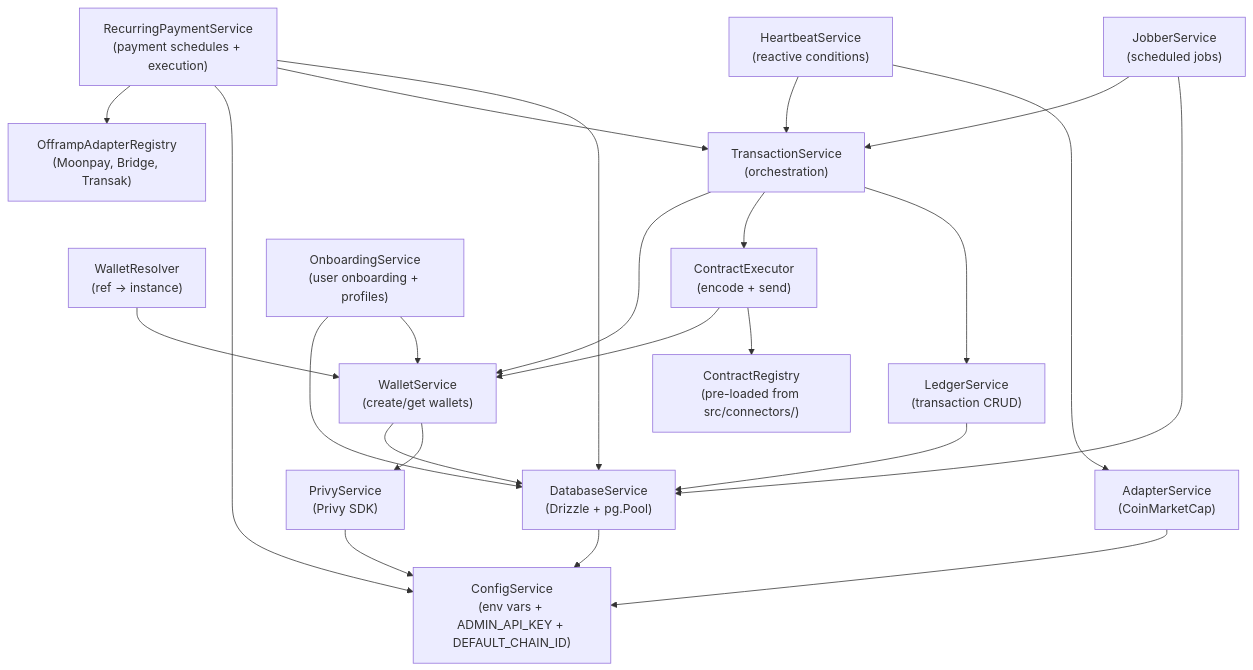
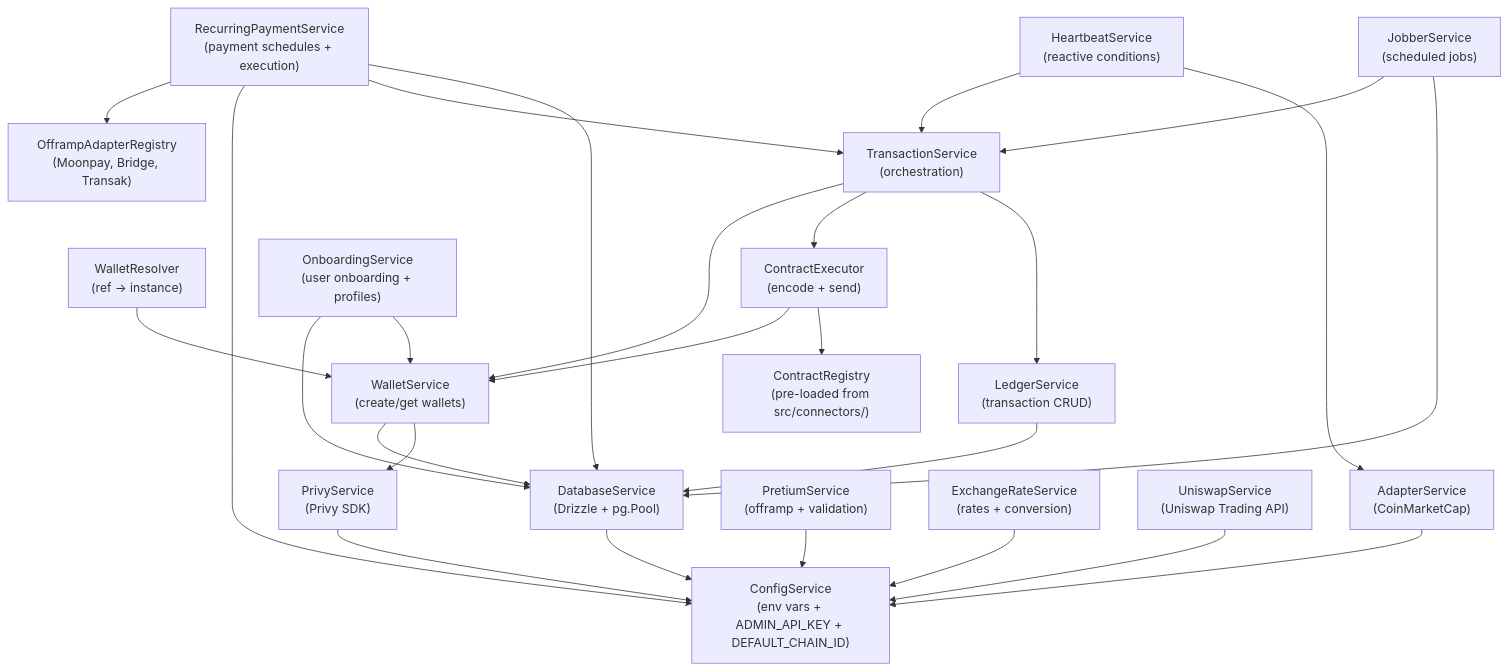
The first of 5 diagrams in docs/architecture.md (Expendi/backend), drawn with Mermaid before and after one commit. The commit also changed other lines of this file and 157 other files, not shown here.

````diff
--- a/docs/architecture.md
+++ b/docs/architecture.md
@@ -59,41 +59,47 @@
 ```mermaid
 graph TD
     Config["ConfigService<br/>(env vars + ADMIN_API_KEY + DEFAULT_CHAIN_ID)"]
     DB["DatabaseService<br/>(Drizzle + pg.Pool)"]
     Privy["PrivyService<br/>(Privy SDK)"]
     WS["WalletService<br/>(create/get wallets)"]
     WR["WalletResolver<br/>(ref -> instance)"]
     CR["ContractRegistry<br/>(pre-loaded from src/connectors/)"]
     CE["ContractExecutor<br/>(encode + send)"]
     Ledger["LedgerService<br/>(transaction CRUD)"]
     TxSvc["TransactionService<br/>(orchestration)"]
     Adapter["AdapterService<br/>(CoinMarketCap)"]
     Jobber["JobberService<br/>(scheduled jobs)"]
     Heartbeat["HeartbeatService<br/>(reactive conditions)"]
     Onboarding["OnboardingService<br/>(user onboarding + profiles)"]
     RP["RecurringPaymentService<br/>(payment schedules + execution)"]
     Offramp["OfframpAdapterRegistry<br/>(Moonpay, Bridge, Transak)"]
+    Pretium["PretiumService<br/>(offramp + validation)"]
+    ExRate["ExchangeRateService<br/>(rates + conversion)"]
+    Uniswap["UniswapService<br/>(Uniswap Trading API)"]
 
     DB --> Config
     Privy --> Config
     WS --> Privy
     WS --> DB
     WR --> WS
     CE --> CR
     CE --> WS
     Ledger --> DB
     TxSvc --> Ledger
     TxSvc --> CE
     TxSvc --> WS
     Adapter --> Config
     Jobber --> DB
     Jobber --> TxSvc
     Heartbeat --> Adapter
     Heartbeat --> TxSvc
     Onboarding --> WS
     Onboarding --> DB
     RP --> DB
     RP --> TxSvc
     RP --> Config
     RP --> Offramp
+    Pretium --> Config
+    ExRate --> Config
+    Uniswap --> Config
 ```
````
